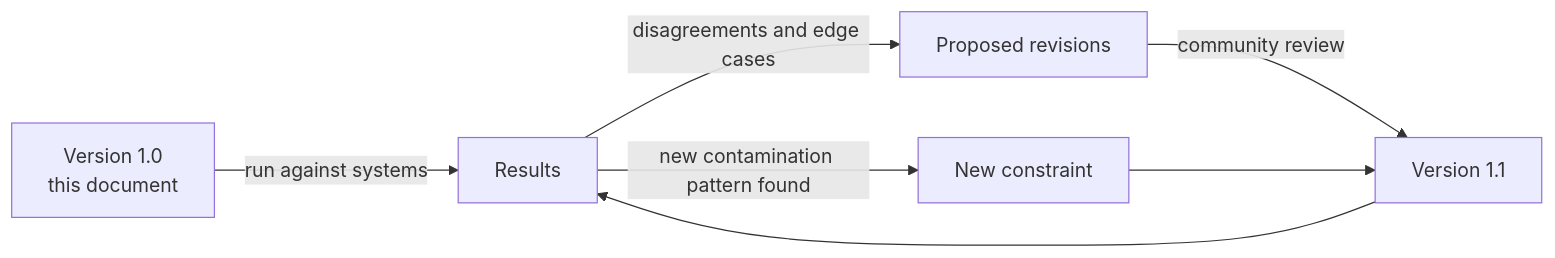
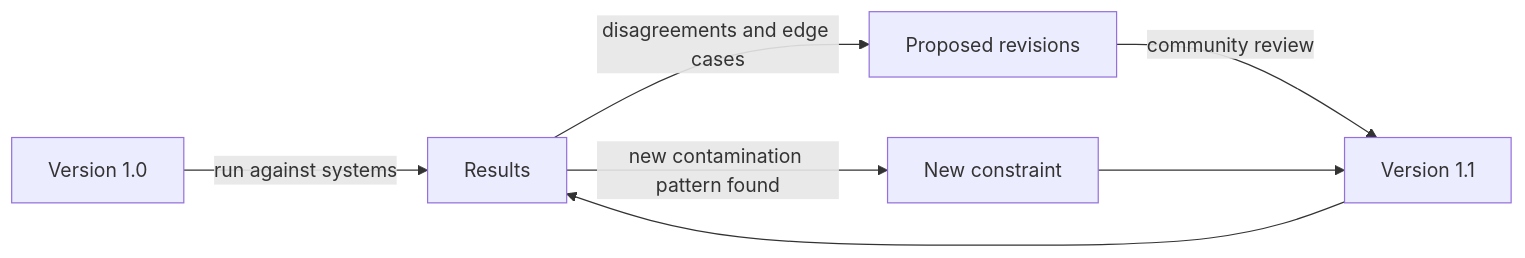
One commit to CyberdaemonAI/cyberdaemon-site changed the third of 3 diagrams in src/content/research/cognitive-security-part7.mdx. Above: the diagram before and after it, drawn with Mermaid. The commit also changed 6 other files, not shown here.

First line of the commit message:
fix(mermaid): site-wide em dash and newline fixes in all diagram blocks

````diff
--- a/src/content/research/cognitive-security-part7.mdx
+++ b/src/content/research/cognitive-security-part7.mdx
@@ -154,9 +154,9 @@
 ```mermaid
 flowchart LR
-  V1[Version 1.0\nthis document] -->|run against systems| R[Results]
+  V1[Version 1.0] -->|run against systems| R[Results]
   R -->|disagreements and edge cases| PR[Proposed revisions]
   PR -->|community review| V2[Version 1.1]
   V2 --> R
   R -->|new contamination pattern found| NC[New constraint]
   NC --> V2
 ```
````
